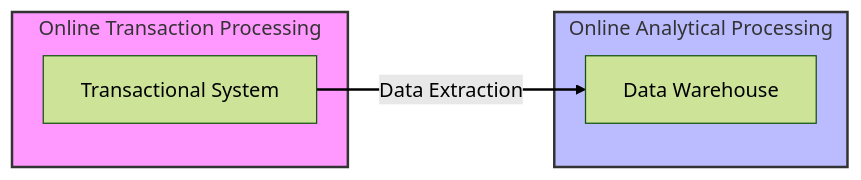
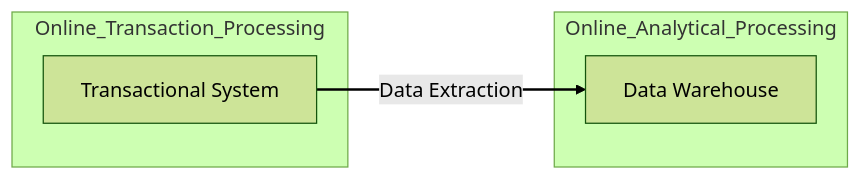
The second of 3 diagrams in data_management_evolution.md (goelkiran/learnDataLakeHouses), drawn with Mermaid (forest theme) before and after one commit.

Commit message:
improved the diagram

````diff
--- a/data_management_evolution.md
+++ b/data_management_evolution.md
@@ -95,14 +95,13 @@
 ```mermaid
 flowchart LR
-  subgraph OLTP [Online Transaction Processing]
+  subgraph OLTP [Online_Transaction_Processing]
       OLTP1[Transactional System]
   end
 
-  subgraph OLAP [Online Analytical Processing]
+  subgraph OLAP [Online_Analytical_Processing]
     OLAP1[Data Warehouse]
   end
   OLTP1 -->|Data Extraction| OLAP1
-  style OLTP fill:#f9f,stroke:#333,stroke-width:2px;
-  style OLAP fill:#bbf,stroke:#333,stroke-width:2px;
+
   linkStyle default stroke-width:2px;
 ```
````
